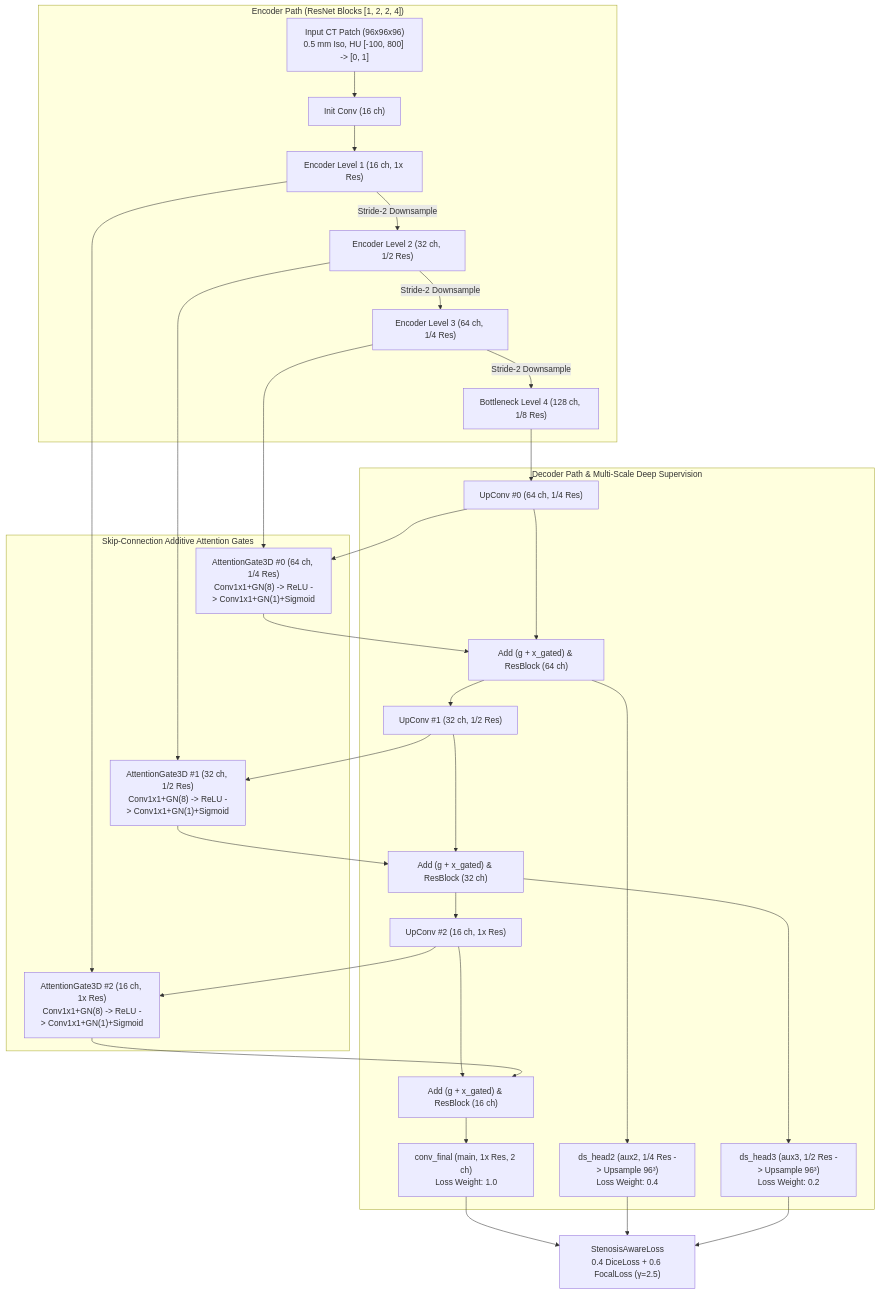
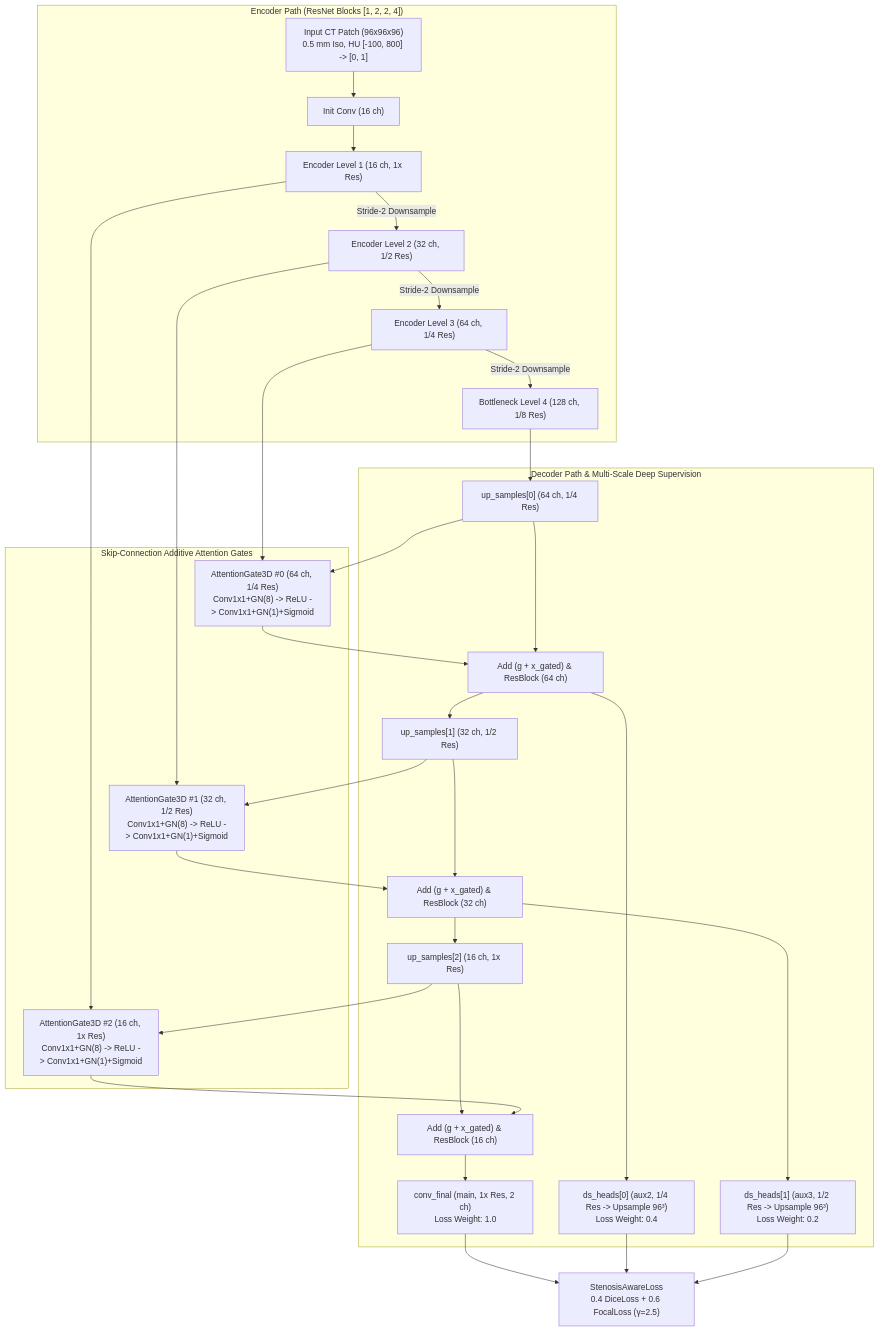
The diagram in README.md (DigontaDas/Efficient-3D-Tiled-CNN-Architecture), drawn with Mermaid before and after one commit. The commit also changed other lines of this file and 47 other files, not shown here.

````diff
--- a/README.md
+++ b/README.md
@@ -38,43 +38,43 @@
 ```mermaid
 graph TD
     subgraph "Encoder Path (ResNet Blocks [1, 2, 2, 4])"
         E0["Input CT Patch (96x96x96)<br/>0.5 mm Iso, HU [-100, 800] -> [0, 1]"] --> E1["Init Conv (16 ch)"]
         E1 --> E2["Encoder Level 1 (16 ch, 1x Res)"]
         E2 -->|Stride-2 Downsample| E3["Encoder Level 2 (32 ch, 1/2 Res)"]
         E3 -->|Stride-2 Downsample| E4["Encoder Level 3 (64 ch, 1/4 Res)"]
         E4 -->|Stride-2 Downsample| E5["Bottleneck Level 4 (128 ch, 1/8 Res)"]
     end
 
     subgraph "Skip-Connection Additive Attention Gates"
         AG0["AttentionGate3D #0 (64 ch, 1/4 Res)<br/>Conv1x1+GN(8) -> ReLU -> Conv1x1+GN(1)+Sigmoid"]
         AG1["AttentionGate3D #1 (32 ch, 1/2 Res)<br/>Conv1x1+GN(8) -> ReLU -> Conv1x1+GN(1)+Sigmoid"]
         AG2["AttentionGate3D #2 (16 ch, 1x Res)<br/>Conv1x1+GN(8) -> ReLU -> Conv1x1+GN(1)+Sigmoid"]
     end
 
     subgraph "Decoder Path & Multi-Scale Deep Supervision"
-        E5 --> U0["UpConv #0 (64 ch, 1/4 Res)"]
+        E5 --> U0["up_samples[0] (64 ch, 1/4 Res)"]
         E4 --> AG0
         U0 --> AG0
         U0 --> D0["Add (g + x_gated) & ResBlock (64 ch)"]
         AG0 --> D0
-        D0 --> Aux2["ds_head2 (aux2, 1/4 Res -> Upsample 96³)<br/>Loss Weight: 0.4"]
+        D0 --> Aux2["ds_heads[0] (aux2, 1/4 Res -> Upsample 96³)<br/>Loss Weight: 0.4"]
 
-        D0 --> U1["UpConv #1 (32 ch, 1/2 Res)"]
+        D0 --> U1["up_samples[1] (32 ch, 1/2 Res)"]
         E3 --> AG1
         U1 --> AG1
         U1 --> D1["Add (g + x_gated) & ResBlock (32 ch)"]
         AG1 --> D1
-        D1 --> Aux3["ds_head3 (aux3, 1/2 Res -> Upsample 96³)<br/>Loss Weight: 0.2"]
+        D1 --> Aux3["ds_heads[1] (aux3, 1/2 Res -> Upsample 96³)<br/>Loss Weight: 0.2"]
 
-        D1 --> U2["UpConv #2 (16 ch, 1x Res)"]
+        D1 --> U2["up_samples[2] (16 ch, 1x Res)"]
         E2 --> AG2
         U2 --> AG2
         U2 --> D2["Add (g + x_gated) & ResBlock (16 ch)"]
         AG2 --> D2
         D2 --> MainHead["conv_final (main, 1x Res, 2 ch)<br/>Loss Weight: 1.0"]
     end
 
     MainHead --> Loss["StenosisAwareLoss<br/>0.4 DiceLoss + 0.6 FocalLoss (γ=2.5)"]
     Aux2 --> Loss
     Aux3 --> Loss
 ```
````
